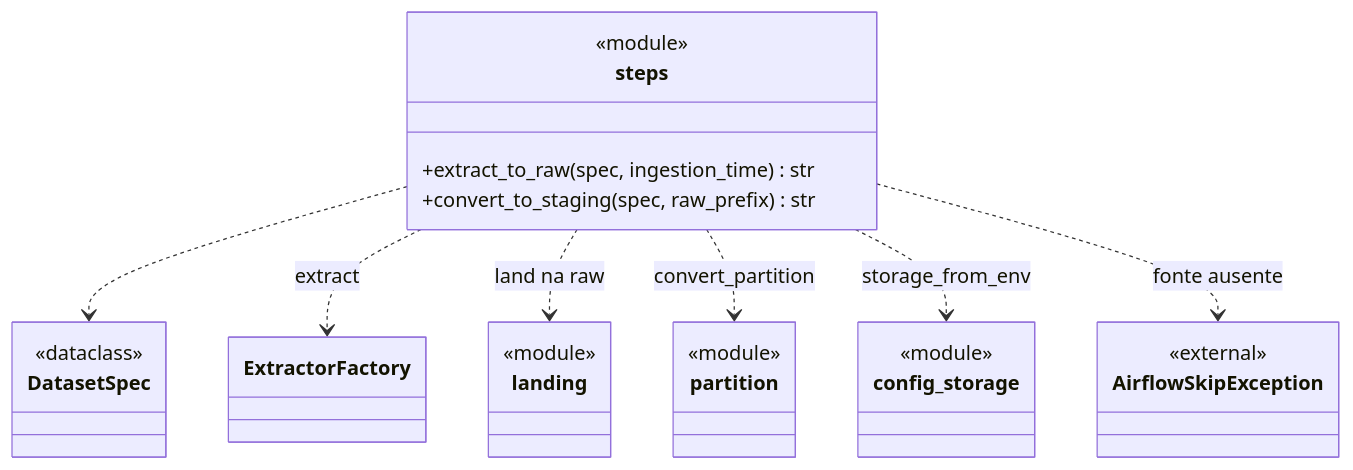
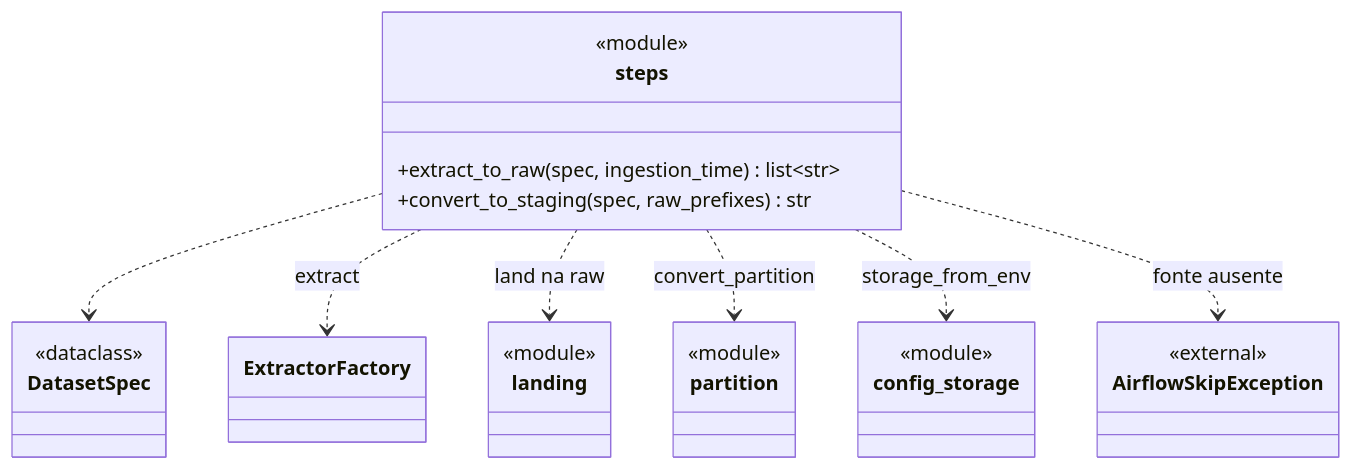
One commit to GovHub-br/data-application-cidades changed the eighth of 9 diagrams in docs/ingestao/diagrama-classes.md. Above: the diagram before and after it, drawn with Mermaid. The commit also changed other lines of this file and 5 other files, not shown here.

First line of the commit message:
docs(ingestao): Fase 6b no diagrama, diagnóstico, comparação e aprendizados

````diff
--- a/docs/ingestao/diagrama-classes.md
+++ b/docs/ingestao/diagrama-classes.md
@@ -581,31 +664,31 @@
 ```mermaid
 classDiagram
     class steps {
         <<module>>
-        +extract_to_raw(spec, ingestion_time) str
-        +convert_to_staging(spec, raw_prefix) str
+        +extract_to_raw(spec, ingestion_time) list~str~
+        +convert_to_staging(spec, raw_prefixes) str
     }
     class DatasetSpec {
         <<dataclass>>
     }
     class ExtractorFactory
     class landing {
         <<module>>
     }
     class partition {
         <<module>>
     }
     class config_storage {
         <<module>>
     }
     class AirflowSkipException {
         <<external>>
     }
 
     steps ..> DatasetSpec
     steps ..> ExtractorFactory : extract
     steps ..> landing : land na raw
     steps ..> partition : convert_partition
     steps ..> config_storage : storage_from_env
     steps ..> AirflowSkipException : fonte ausente
 ```
````
